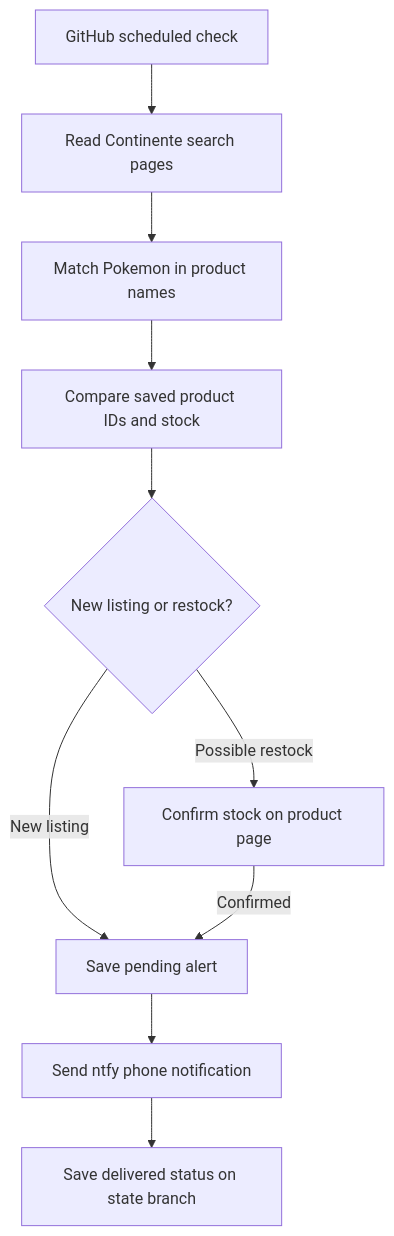
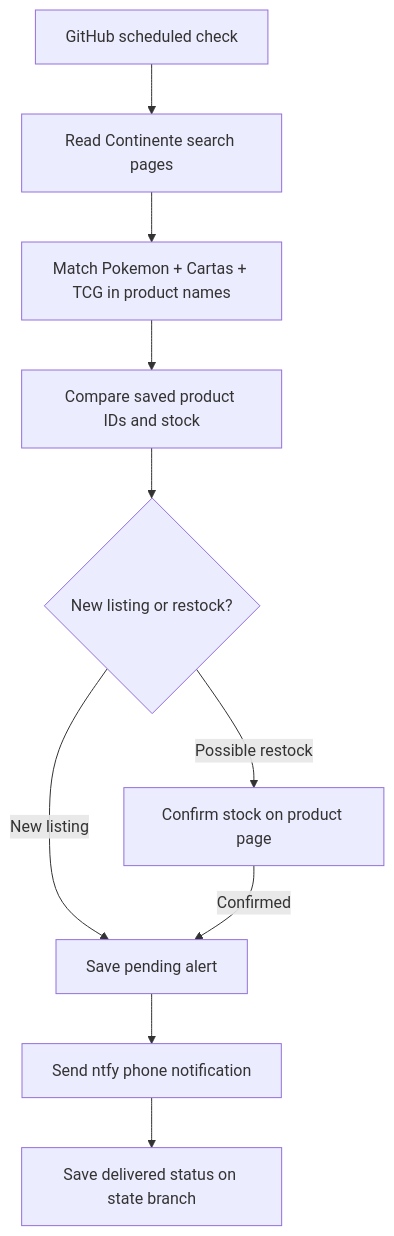
One commit to Sagan36/continente-pokemon-alerts changed the diagram in README.md. Above: the diagram before and after it, drawn with Mermaid. The commit also changed other lines of this file and 5 other files, not shown here.

Commit message:
Limit product alerts to Pokemon Cartas TCG listings

````diff
--- a/README.md
+++ b/README.md
@@ -6,12 +6,12 @@
 ```mermaid
 flowchart TD
     A[GitHub scheduled check] --> B[Read Continente search pages]
-    B --> C[Match Pokemon in product names]
+    B --> C[Match Pokemon + Cartas + TCG in product names]
     C --> D[Compare saved product IDs and stock]
     D --> E{New listing or restock?}
     E -->|New listing| G[Save pending alert]
     E -->|Possible restock| F[Confirm stock on product page]
     F -->|Confirmed| G
     G --> H[Send ntfy phone notification]
     H --> I[Save delivered status on state branch]
 ```
````
